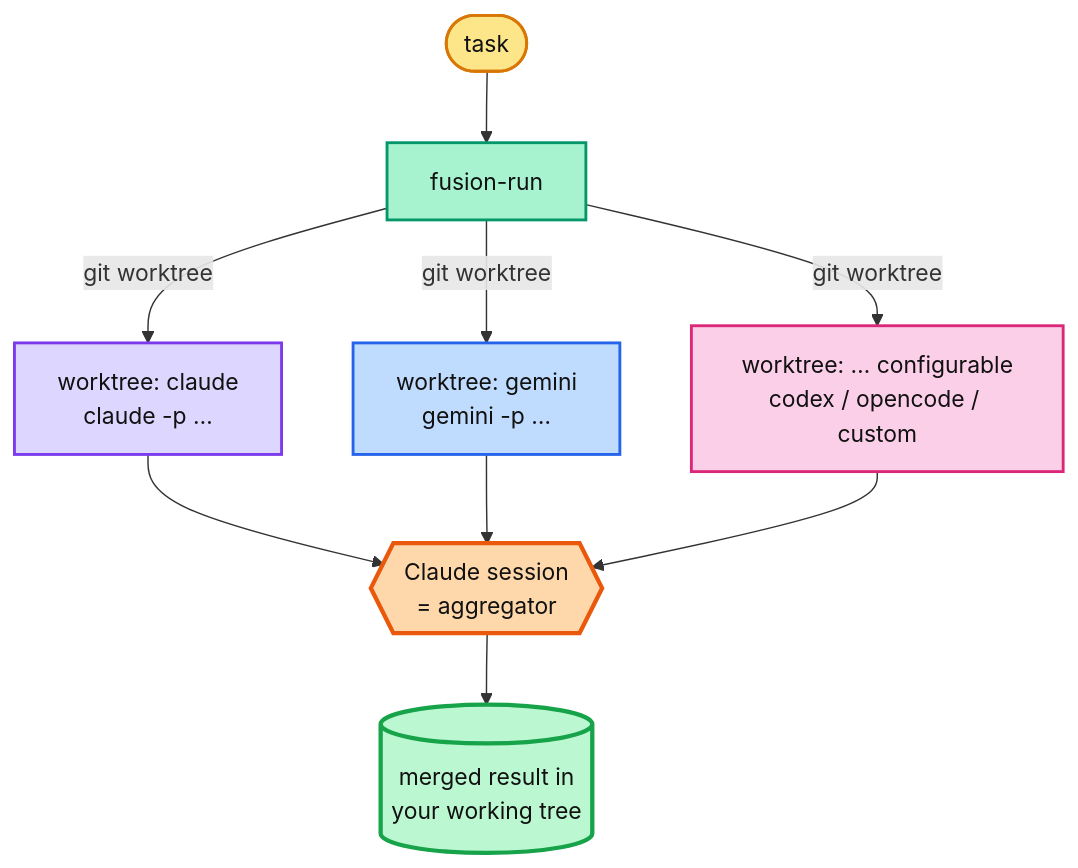
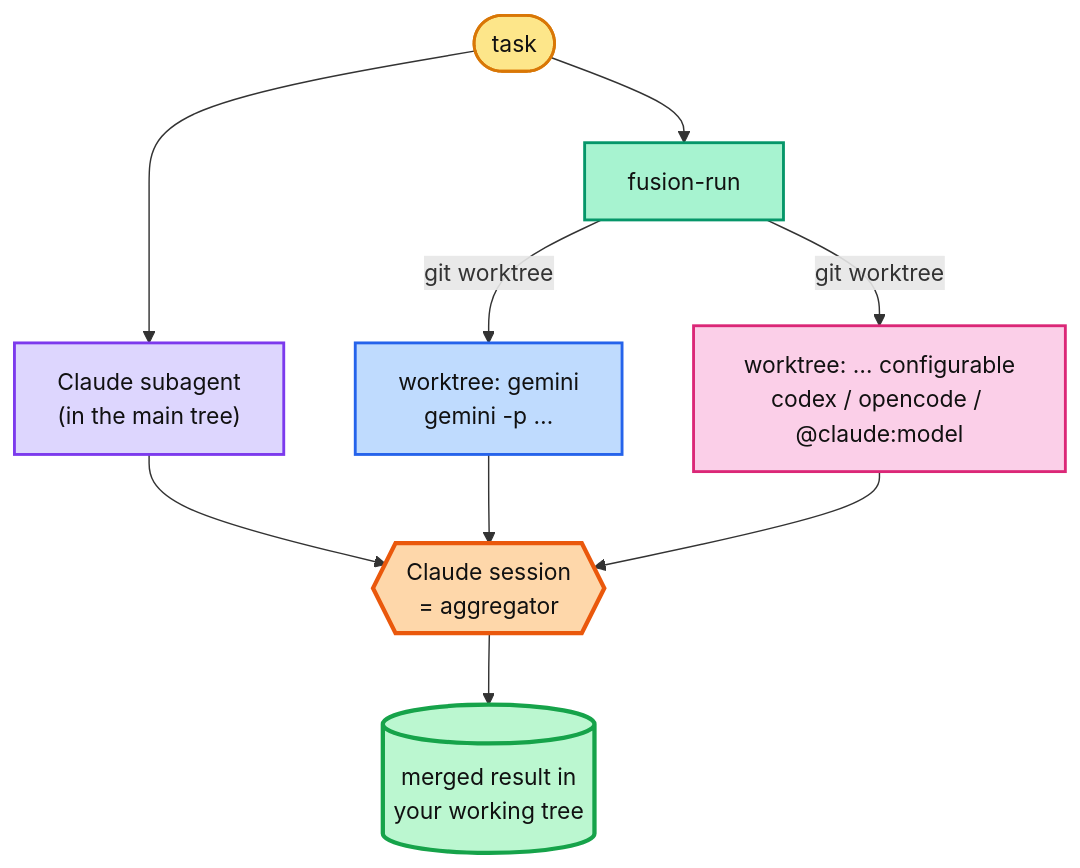
Before and after one commit to HainanZhao/agent-plugin-fusion: the diagram in README.md, drawn with Mermaid. The commit also changed other lines of this file and 4 other files, not shown here.

First line of the commit message:
Run baseline Claude as a subagent in the main tree; @claude:model = extra candidate (v0.11.0)

````diff
--- a/README.md
+++ b/README.md
@@ -8,27 +10,27 @@
 ```mermaid
 flowchart TD
     task([task]) --> run[fusion-run]
-    run -->|git worktree| wc["worktree: claude<br/>claude -p …"]
+    task --> sub["Claude subagent<br/>(in the main tree)"]
     run -->|git worktree| wg["worktree: gemini<br/>gemini -p …"]
-    run -->|git worktree| wx["worktree: … configurable<br/>codex / opencode / custom"]
-    wc --> agg{{Claude session<br/>= aggregator}}
+    run -->|git worktree| wx["worktree: … configurable<br/>codex / opencode / @claude:model"]
+    sub --> agg{{Claude session<br/>= aggregator}}
     wg --> agg
     wx --> agg
     agg --> out[(merged result in<br/>your working tree)]
 
     classDef task fill:#fde68a,stroke:#d97706,stroke-width:2px,color:#111
     classDef run fill:#a7f3d0,stroke:#059669,stroke-width:2px,color:#111
     classDef claude fill:#ddd6fe,stroke:#7c3aed,stroke-width:2px,color:#111
     classDef gemini fill:#bfdbfe,stroke:#2563eb,stroke-width:2px,color:#111
     classDef other fill:#fbcfe8,stroke:#db2777,stroke-width:2px,color:#111
     classDef agg fill:#fed7aa,stroke:#ea580c,stroke-width:3px,color:#111
     classDef out fill:#bbf7d0,stroke:#16a34a,stroke-width:3px,color:#111
 
     class task task
     class run run
-    class wc claude
+    class sub claude
     class wg gemini
     class wx other
     class agg agg
     class out out
 ```
````
